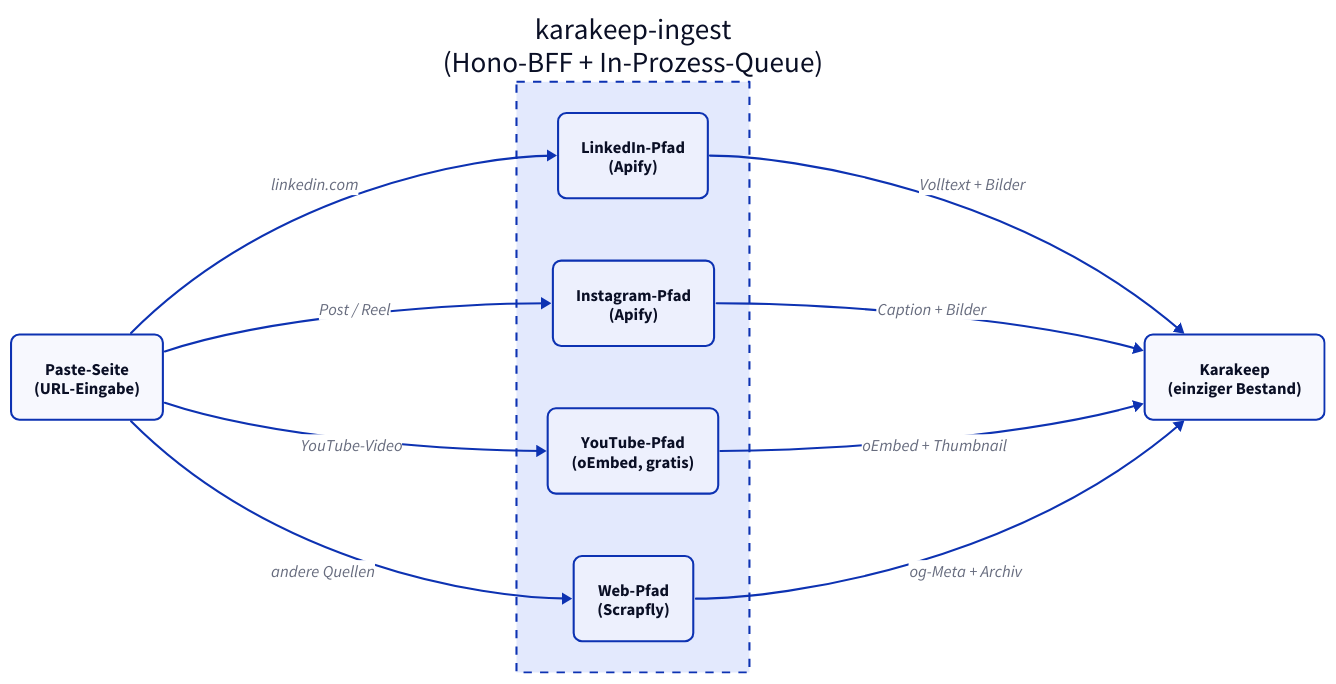
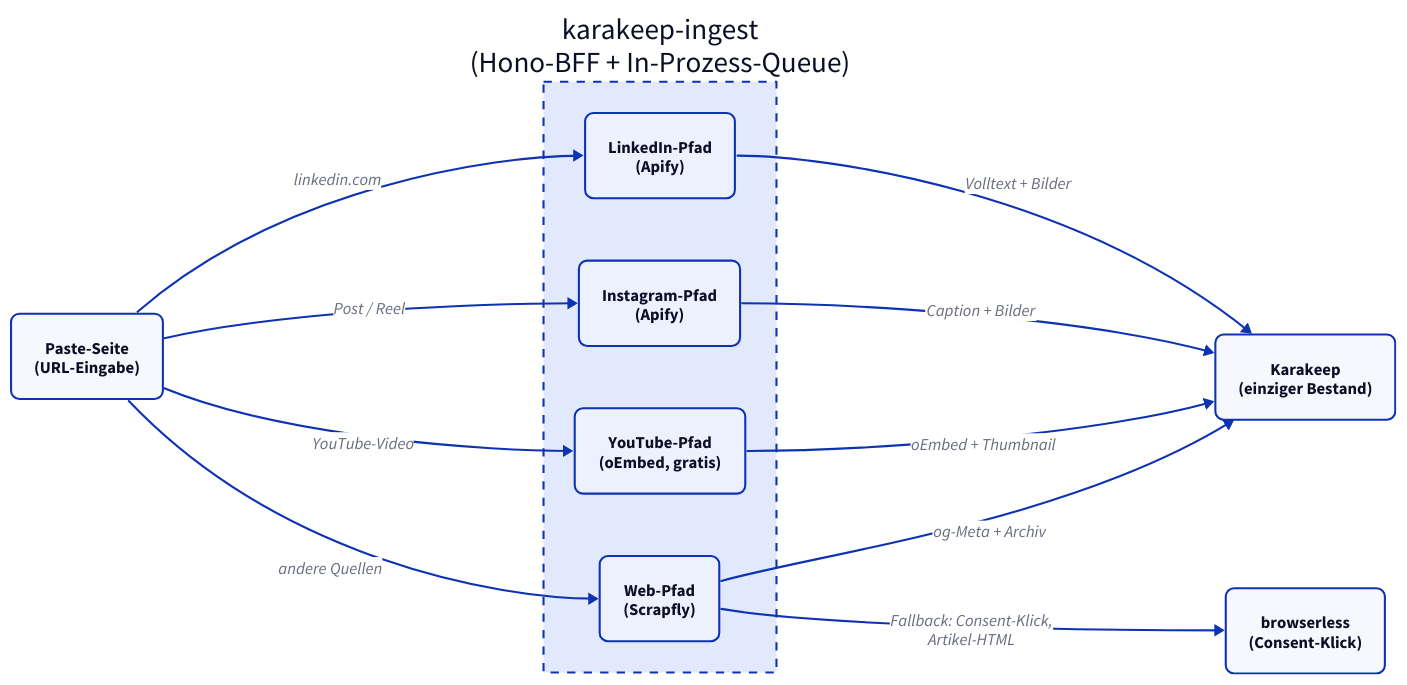
The diagram in docs/dienste/karakeep-ingest/index.md (derever-labs/homelab-wiki), drawn with D2 before and after one commit. The commit also changed other lines of this file and 6 other files, not shown here.

Commit message:
docs(browserless): geteilten Browser-Dienst und Consent-Fallback

````diff
--- a/docs/dienste/karakeep-ingest/index.md
+++ b/docs/dienste/karakeep-ingest/index.md
@@ -31,28 +32,31 @@
 ```d2
 classes: {
   node: { style: { border-radius: 8 } }
 }
 
 direction: right
 
 UI: "Paste-Seite\n(URL-Eingabe)" { class: node }
 
 Ingest: "karakeep-ingest\n(Hono-BFF + In-Prozess-Queue)" {
   style.stroke-dash: 4
   LI: "LinkedIn-Pfad\n(Apify)" { class: node }
   IG: "Instagram-Pfad\n(Apify)" { class: node }
   YT: "YouTube-Pfad\n(oEmbed, gratis)" { class: node }
   WEB: "Web-Pfad\n(Scrapfly)" { class: node }
 }
 
 Karakeep: "Karakeep\n(einziger Bestand)" { class: node }
 
+BL: "browserless\n(Consent-Klick)" { class: node }
+
 UI -> Ingest.LI: "linkedin.com"
 UI -> Ingest.IG: "Post / Reel"
 UI -> Ingest.YT: "YouTube-Video"
 UI -> Ingest.WEB: "andere Quellen"
 Ingest.LI -> Karakeep: "Volltext + Bilder"
 Ingest.IG -> Karakeep: "Caption + Bilder"
 Ingest.YT -> Karakeep: "oEmbed + Thumbnail"
 Ingest.WEB -> Karakeep: "og-Meta + Archiv"
+Ingest.WEB -> BL: "Fallback: Consent-Klick,\nArtikel-HTML"
 ```
````
